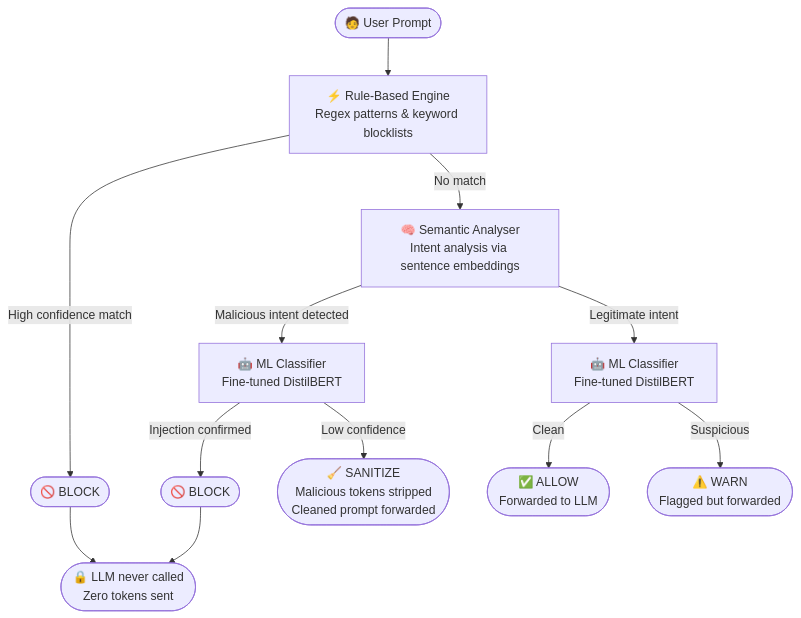
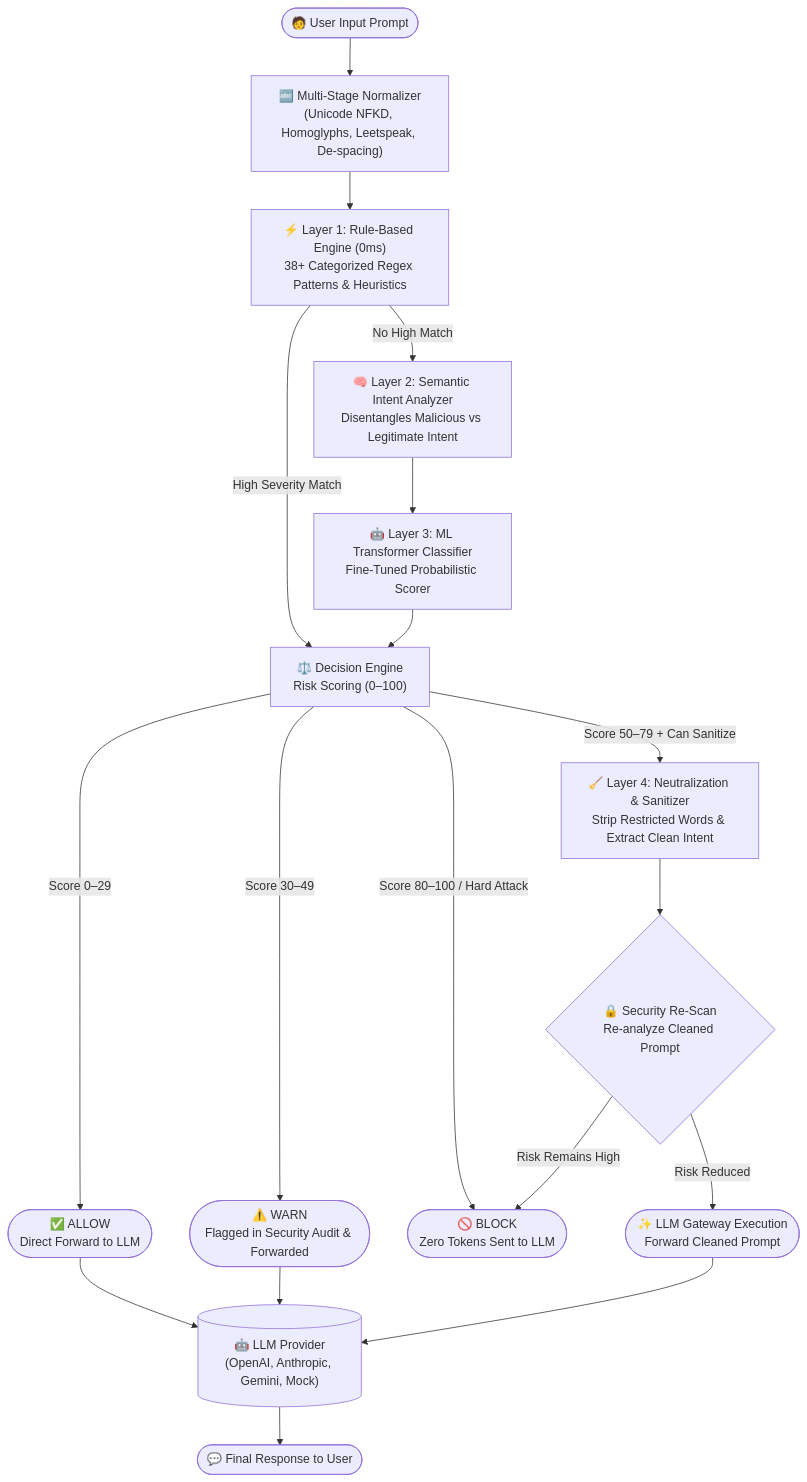
Before and after one commit to Mukilan7605/promptshield: the diagram in README.md, drawn with Mermaid. The commit also changed other lines of this file, not shown here.

Commit message:
docs(readme): add live frontend & backend links, architecture diagram, and comprehensive project description

````diff
--- a/README.md
+++ b/README.md
@@ -20,24 +54,24 @@
 ```mermaid
 flowchart TD
-    A([🧑 User Prompt]) --> B
+    UserPrompt(["🧑 User Input Prompt"]) --> Normalizer["🔤 Multi-Stage Normalizer\n(Unicode NFKD, Homoglyphs, Leetspeak, De-spacing)"]
 
-    B[⚡ Rule-Based Engine\nRegex patterns & keyword blocklists]
-    B -->|High confidence match| BLOCK1([🚫 BLOCK])
-    B -->|No match| C
+    Normalizer --> L1["⚡ Layer 1: Rule-Based Engine (0ms)\n38+ Categorized Regex Patterns & Heuristics"]
+    
+    L1 -->|High Severity Match| DE["⚖️ Decision Engine\nRisk Scoring (0–100)"]
+    L1 -->|No High Match| L2["🧠 Layer 2: Semantic Intent Analyzer\nDisentangles Malicious vs Legitimate Intent"]
+    
+    L2 --> L3["🤖 Layer 3: ML Transformer Classifier\nFine-Tuned Probabilistic Scorer"]
+    L3 --> DE
 
-    C[🧠 Semantic Analyser\nIntent analysis via sentence embeddings]
-    C -->|Malicious intent detected| D
-    C -->|Legitimate intent| E
+    DE -->|Score 0–29| ALLOW(["✅ ALLOW\nDirect Forward to LLM"])
+    DE -->|Score 30–49| WARN(["⚠️ WARN\nFlagged in Security Audit & Forwarded"])
+    DE -->|Score 50–79 + Can Sanitize| SAN["🧹 Layer 4: Neutralization & Sanitizer\nStrip Restricted Words & Extract Clean Intent"]
+    DE -->|Score 80–100 / Hard Attack| BLOCK(["🚫 BLOCK\nZero Tokens Sent to LLM"])
 
-    D[🤖 ML Classifier\nFine-tuned DistilBERT]
-    D -->|Injection confirmed| BLOCK2([🚫 BLOCK])
-    D -->|Low confidence| SAN
+    SAN --> ReScan{"🔒 Security Re-Scan\nRe-analyze Cleaned Prompt"}
+    ReScan -->|Risk Reduced| ExecClean(["✨ LLM Gateway Execution\nForward Cleaned Prompt"])
+    ReScan -->|Risk Remains High| BLOCK
 
-    E[🤖 ML Classifier\nFine-tuned DistilBERT]
-    E -->|Clean| ALLOW([✅ ALLOW\nForwarded to LLM])
-    E -->|Suspicious| WARN([⚠️ WARN\nFlagged but forwarded])
-
-    SAN([🧹 SANITIZE\nMalicious tokens stripped\nCleaned prompt forwarded])
-
-    BLOCK1 & BLOCK2 --> X([🔒 LLM never called\nZero tokens sent])
+    ALLOW & WARN & ExecClean --> LLM[("🤖 LLM Provider\n(OpenAI, Anthropic, Gemini, Mock)")]
+    LLM --> FinalResp(["💬 Final Response to User"])
 ```
````
